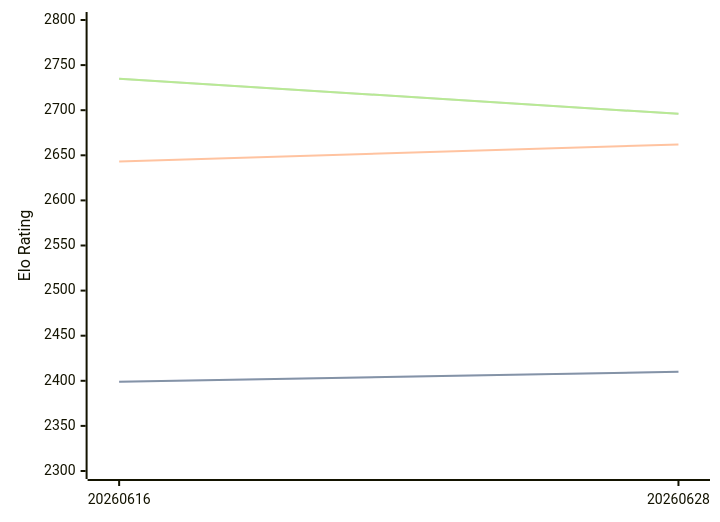
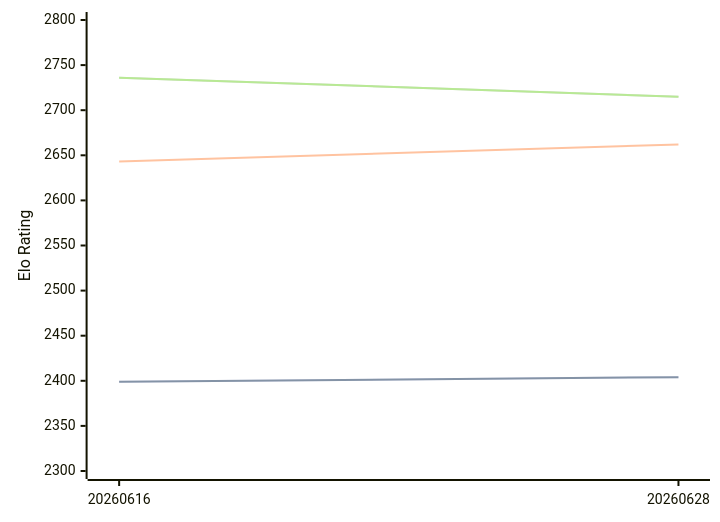
Before and after one commit to computer-chess-index/cci: the first of 3 diagrams in engines/Askaig.md, drawn with Mermaid. The commit also changed other lines of this file, not shown here.

Commit message:
Update CCI Ratings (ELO VLTC) - 2026-07-06

````diff
--- a/engines/Askaig.md
+++ b/engines/Askaig.md
@@ -36,11 +35,11 @@
 ```mermaid
 %%{init: {"theme":"base","themeVariables":{"seriesColors:['#a3a3a3','#222221','#faa371']}}}%%
 xychart-beta
   x-axis ["20260616", "20260628"]
   y-axis "Elo Rating" 2300 --> 2800
-  line "STC (8.0+0.08s)" [2399, 2410]
-  line "STC (8.0+0.08s)" [2399, 2410]
+  line "STC (8.0+0.08s)" [2399, 2404]
+  line "STC (8.0+0.08s)" [2399, 2404]
   line "LTC (60.0+0.60s)" [2643, 2662]
-  line "VLTC (2m24s+1.12s)" [2735, 2696]
-  line "VLTC (2m24s+1.12s)" [2735, 2696]
+  line "VLTC (2m24s+1.12s)" [2736, 2715]
+  line "VLTC (2m24s+1.12s)" [2736, 2715]
 ```
````
